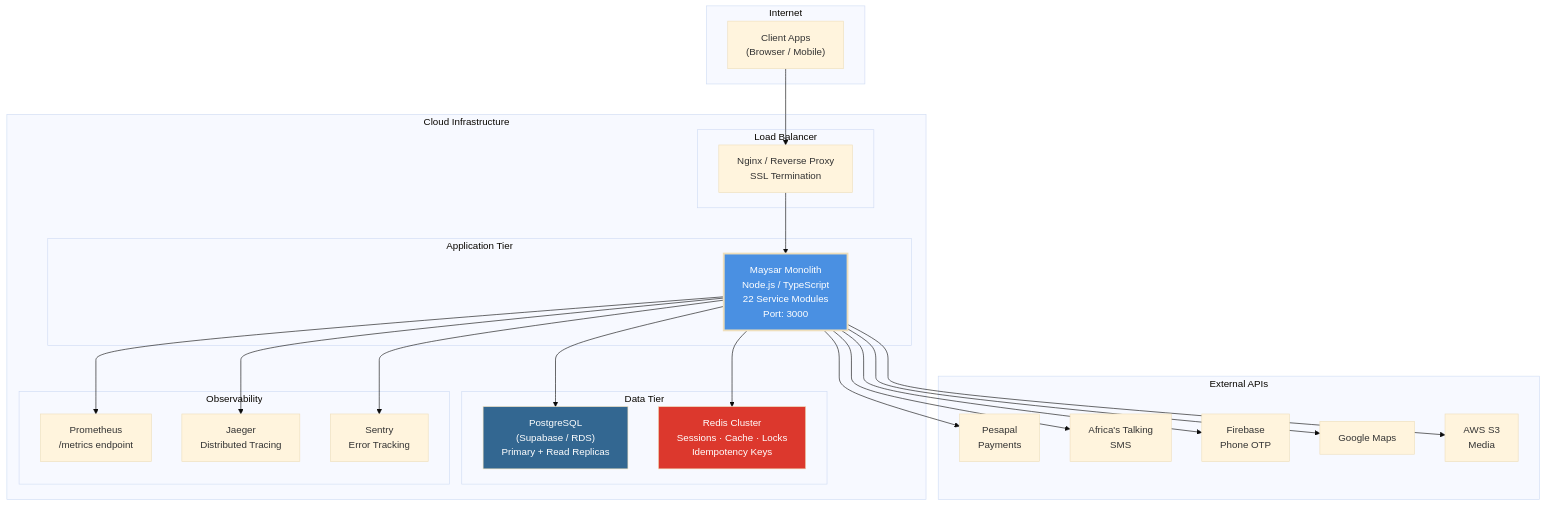
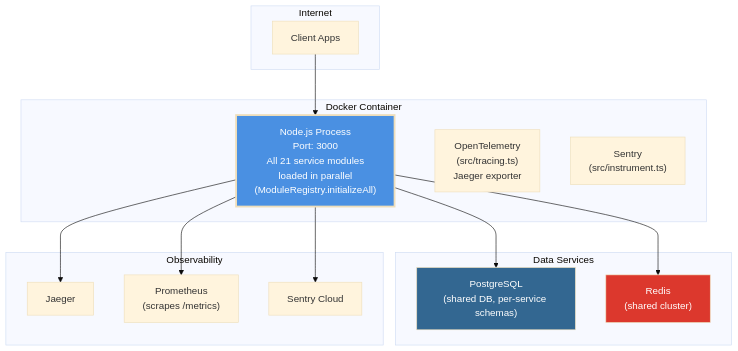
Before and after one commit to maysar-014/maysar-express-backend: the fifth of 5 diagrams in docs/architecture/system-architecture.md, drawn with Mermaid (base theme). The commit also changed other lines of this file and 5 other files, not shown here.

First line of the commit message:
docs: rebuild diagrams from actual source code evidence

````diff
--- a/docs/architecture/system-architecture.md
+++ b/docs/architecture/system-architecture.md
@@ -253,45 +256,31 @@
 ```mermaid
 graph TB
     subgraph Internet["Internet"]
-        CLIENT["Client Apps\n(Browser / Mobile)"]
+        CLIENT["Client Apps"]
     end
 
-    subgraph Cloud["Cloud Infrastructure"]
-        subgraph LB["Load Balancer"]
-            NGINX["Nginx / Reverse Proxy\nSSL Termination"]
-        end
-
-        subgraph App["Application Tier"]
-            MONOLITH["Maysar Monolith\nNode.js / TypeScript\n22 Service Modules\nPort: 3000"]
-        end
-
-        subgraph Data["Data Tier"]
-            PG["PostgreSQL\n(Supabase / RDS)\nPrimary + Read Replicas"]
-            REDIS["Redis Cluster\nSessions · Cache · Locks\nIdempotency Keys"]
-        end
-
-        subgraph Observability["Observability"]
-            PROM["Prometheus\n/metrics endpoint"]
-            JAEGER["Jaeger\nDistributed Tracing"]
-            SENTRY["Sentry\nError Tracking"]
-        end
+    subgraph Container["Docker Container"]
+        MONOLITH["Node.js Process\nPort: 3000\nAll 21 service modules\nloaded in parallel\n(ModuleRegistry.initializeAll)"]
+        TRACING["OpenTelemetry\n(src/tracing.ts)\nJaeger exporter"]
+        SENTRY["Sentry\n(src/instrument.ts)"]
     end
 
-    subgraph External["External APIs"]
-        PESAPAL["Pesapal\nPayments"]
-        AT["Africa's Talking\nSMS"]
-        FIREBASE["Firebase\nPhone OTP"]
-        GMAPS["Google Maps"]
-        S3["AWS S3\nMedia"]
+    subgraph Data["Data Services"]
+        PG["PostgreSQL\n(shared DB, per-service schemas)"]
+        REDIS["Redis\n(shared cluster)"]
     end
 
-    CLIENT --> NGINX
-    NGINX --> MONOLITH
+    subgraph Observability["Observability"]
+        JAEGER_SVC["Jaeger"]
+        PROM_SVC["Prometheus\n(scrapes /metrics)"]
+        SENTRY_SVC["Sentry Cloud"]
+    end
+
+    CLIENT --> MONOLITH
     MONOLITH --> PG & REDIS
-    MONOLITH --> PROM & JAEGER & SENTRY
-    MONOLITH --> PESAPAL & AT & FIREBASE & GMAPS & S3
+    MONOLITH --> JAEGER_SVC & PROM_SVC & SENTRY_SVC
 
     style MONOLITH fill:#4A90E2,color:#fff,stroke-width:3px
     style PG fill:#336791,color:#fff
     style REDIS fill:#DC382D,color:#fff
 ```
````
